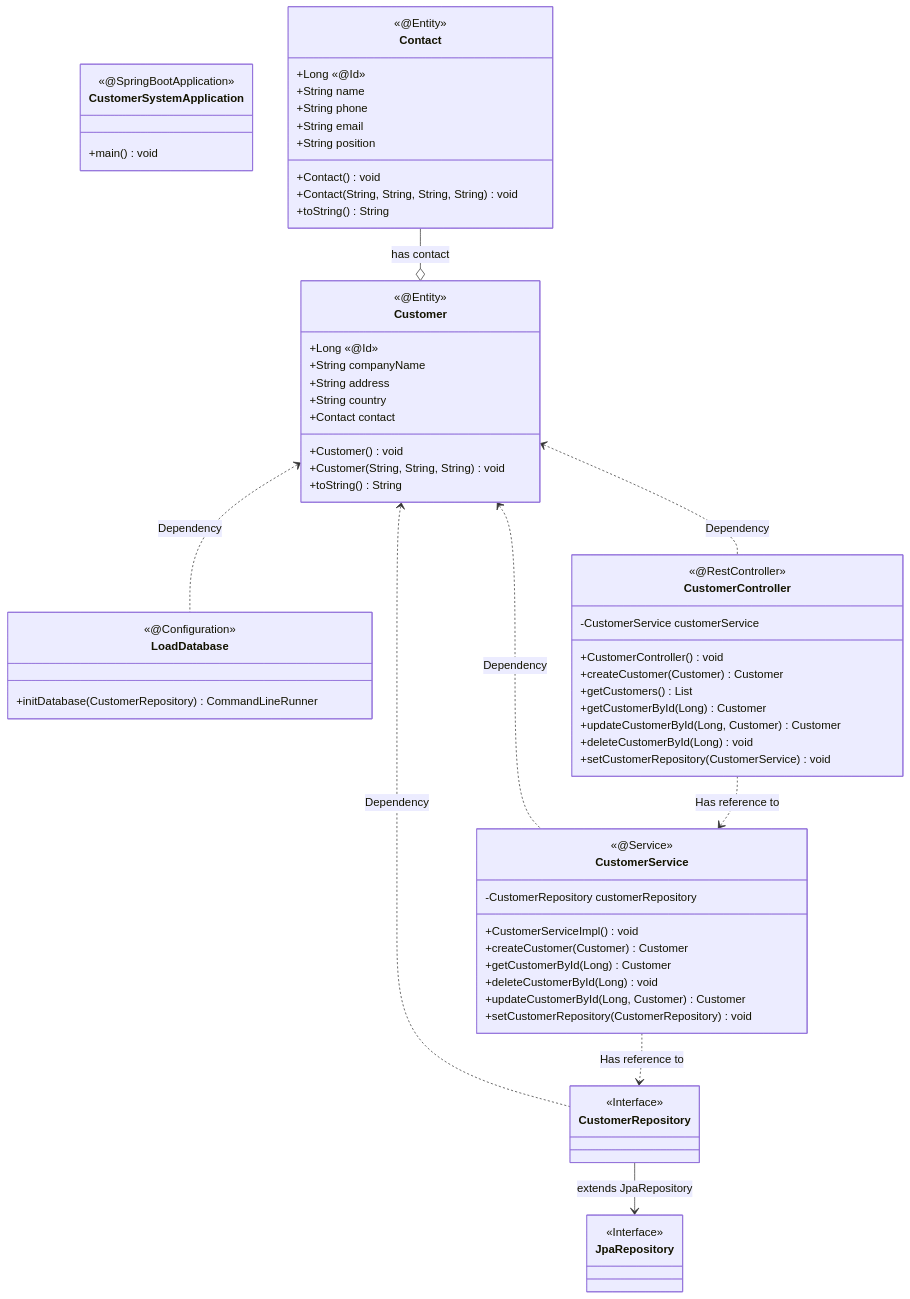
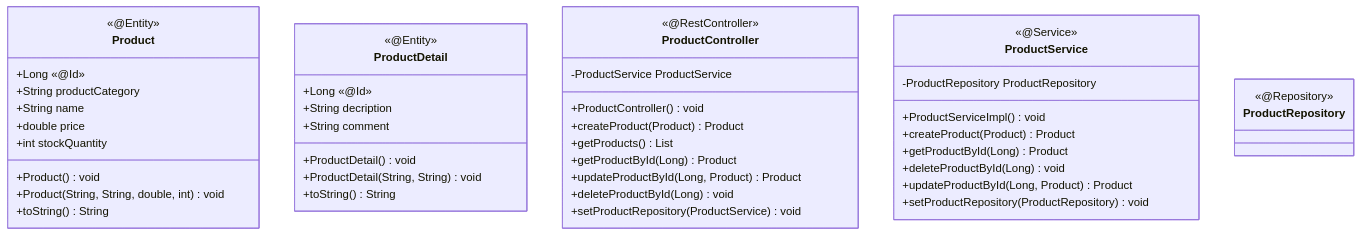
One commit to pauls0/uow-csci318-groupproject changed the third of 4 diagrams in README.md. Above: the diagram before and after it, drawn with Mermaid. The commit also changed other lines of this file, not shown here.

````diff
--- a/README.md
+++ b/README.md
@@ -641,68 +636,47 @@
 ```mermaid
 classDiagram
-    class CustomerSystemApplication{
-        <<@SpringBootApplication>>
-        +main() void
-    }
-    class LoadDatabase{
-        <<@Configuration>>
-        +initDatabase(CustomerRepository) CommandLineRunner
-    }
-    class Customer{
+  class Product{
         <<@Entity>>
         +Long «@Id»
-        +String companyName
-        +String address
-        +String country
-        +Contact contact
-        +Customer() void
-        +Customer(String, String, String) void
+        +String productCategory
+        +String name
+        +double price
+        +int stockQuantity
+        +Product() void
+        +Product(String, String, double, int) void
         +toString() String
     }
-    class Contact{
+    class ProductDetail{
         <<@Entity>>
         +Long «@Id»
-        +String name
-        +String phone
-        +String email
-        +String position
-        +Contact() void
-        +Contact(String, String, String, String) void
+        +String decription
+        +String comment
+        +ProductDetail() void
+        +ProductDetail(String, String) void
         +toString() String
     }
-    class CustomerController{
+    class ProductController{
         <<@RestController>>
-        -CustomerService customerService
-        +CustomerController() void
-        +createCustomer(Customer) Customer
-        +getCustomers() List<Customer>
-        +getCustomerById(Long) Customer
-        +updateCustomerById(Long, Customer) Customer
-        +deleteCustomerById(Long) void
-        +setCustomerRepository(CustomerService) void
+        -ProductService ProductService
+        +ProductController() void
+        +createProduct(Product) Product
+        +getProducts() List<Product>
+        +getProductById(Long) Product
+        +updateProductById(Long, Product) Product
+        +deleteProductById(Long) void
+        +setProductRepository(ProductService) void
     }
-    class CustomerService{
+    class ProductService{
         <<@Service>>
-        -CustomerRepository customerRepository
-        +CustomerServiceImpl( ) void
-        +createCustomer( Customer ) Customer
-        +getCustomerById( Long ) Customer
-        +deleteCustomerById( Long ) void
-        +updateCustomerById( Long, Customer ) Customer
-        +setCustomerRepository( CustomerRepository ) void
+        -ProductRepository ProductRepository
+        +ProductServiceImpl( ) void
+        +createProduct( Product ) Product
+        +getProductById( Long ) Product
+        +deleteProductById( Long ) void
+        +updateProductById( Long, Product ) Product
+        +setProductRepository( ProductRepository ) void
     }
-    class CustomerRepository{
-        <<Interface>>
+    class ProductRepository{
+        <<@Repository>>
     }
-    class JpaRepository{
-        <<Interface>>
-    }
-    CustomerRepository --> JpaRepository : extends JpaRepository<Customer, Long>
-    Customer <.. LoadDatabase  : Dependency
-    Customer <.. CustomerRepository : Dependency
-    Customer <.. CustomerService : Dependency
-    Customer <.. CustomerController  : Dependency
-    CustomerController ..> CustomerService : Has reference to
-    CustomerService ..> CustomerRepository : Has reference to
-    Contact --o Customer : has contact
 ```
````
